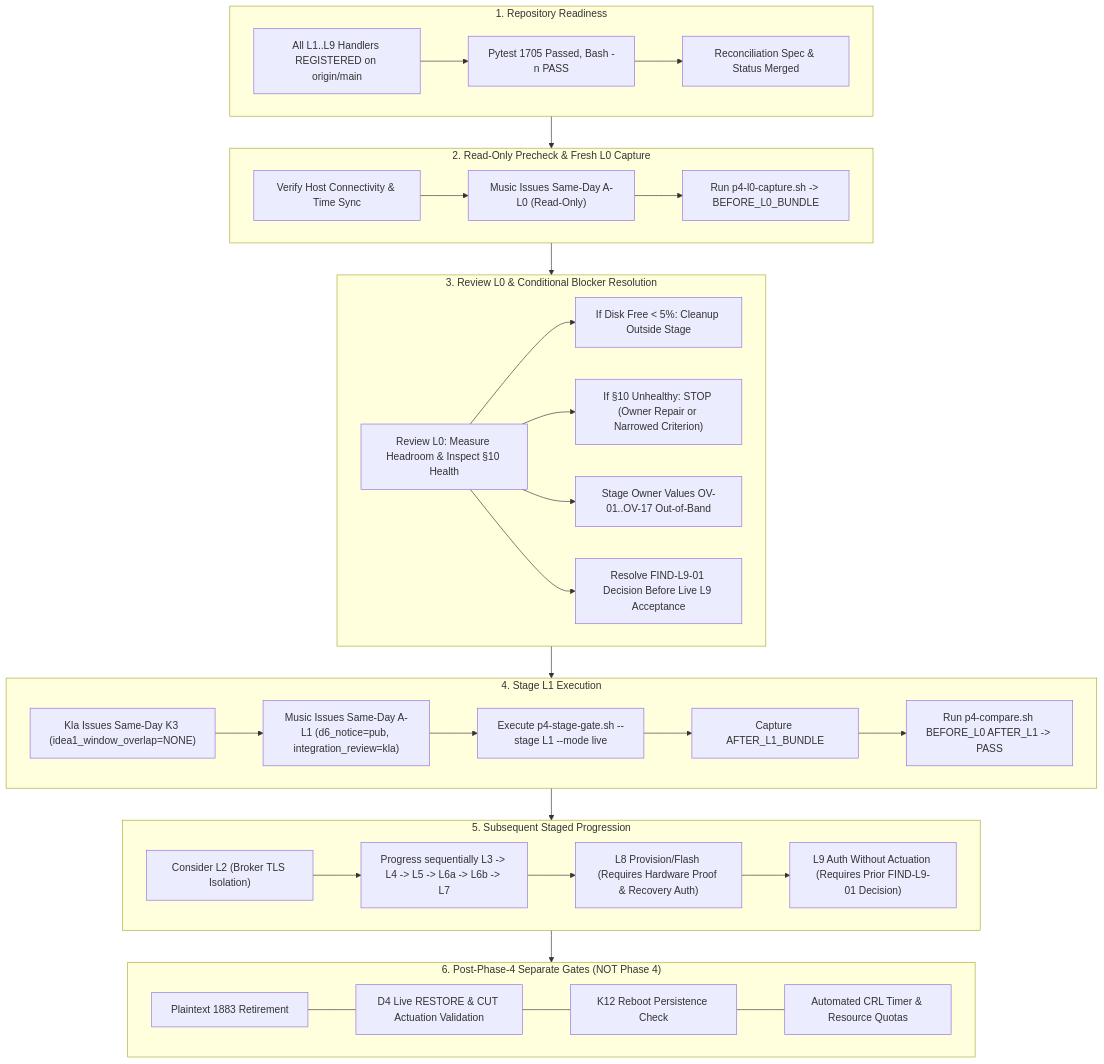
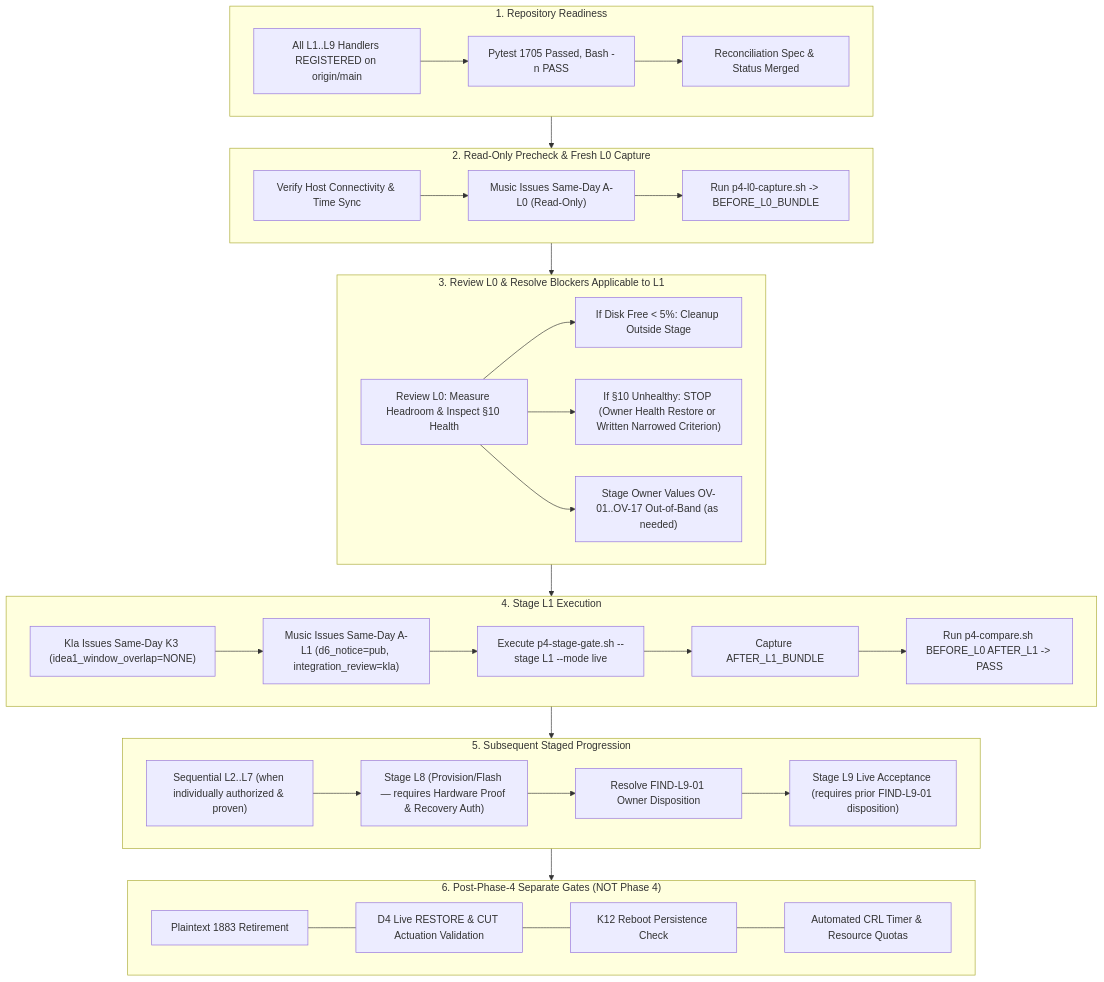
Before and after one commit to kraveerachat/Project-End-The-AEGIS: the diagram in IDEA3-AEGIS_Lockdown/docs/superpowers/specs/2026-09-21-idea3-pr11-phase4-live-readiness-reconciliation.md, drawn with Mermaid. The commit also changed other lines of this file and 1 other file, not shown here.

Commit message:
docs(idea3): correct FIND-L9-01 sequencing and IDEA2 S10 resolution path

````diff
--- a/IDEA3-AEGIS_Lockdown/docs/superpowers/specs/2026-09-21-idea3-pr11-phase4-live-readiness-reconciliation.md
+++ b/IDEA3-AEGIS_Lockdown/docs/superpowers/specs/2026-09-21-idea3-pr11-phase4-live-readiness-reconciliation.md
@@ -309,52 +320,51 @@
 ```mermaid
 flowchart TD
     subgraph RepoReady["1. Repository Readiness"]
         RR1["All L1..L9 Handlers REGISTERED on origin/main"]
         RR2["Pytest 1705 Passed, Bash -n PASS"]
         RR3["Reconciliation Spec & Status Merged"]
         RR1 --> RR2 --> RR3
     end
 
     subgraph PrecheckL0["2. Read-Only Precheck & Fresh L0 Capture"]
         P1["Verify Host Connectivity & Time Sync"]
         P2["Music Issues Same-Day A-L0 (Read-Only)"]
         P3["Run p4-l0-capture.sh -> BEFORE_L0_BUNDLE"]
         P1 --> P2 --> P3
     end
 
-    subgraph ReviewAndBlockers["3. Review L0 & Conditional Blocker Resolution"]
+    subgraph ReviewAndBlockers["3. Review L0 & Resolve Blockers Applicable to L1"]
         B1["Review L0: Measure Headroom & Inspect §10 Health"]
         B2["If Disk Free < 5%: Cleanup Outside Stage"]
-        B3["If §10 Unhealthy: STOP (Owner Repair or Narrowed Criterion)"]
-        B4["Stage Owner Values OV-01..OV-17 Out-of-Band"]
-        B5["Resolve FIND-L9-01 Decision Before Live L9 Acceptance"]
-        B1 --> B2 & B3 & B4 & B5
+        B3["If §10 Unhealthy: STOP (Owner Health Restore or Written Narrowed Criterion)"]
+        B4["Stage Owner Values OV-01..OV-17 Out-of-Band (as needed)"]
+        B1 --> B2 & B3 & B4
     end
 
     subgraph GateL1["4. Stage L1 Execution"]
         GL1["Kla Issues Same-Day K3 (idea1_window_overlap=NONE)"]
         GL2["Music Issues Same-Day A-L1 (d6_notice=pub, integration_review=kla)"]
         GL3["Execute p4-stage-gate.sh --stage L1 --mode live"]
         GL4["Capture AFTER_L1_BUNDLE"]
         GL5["Run p4-compare.sh BEFORE_L0 AFTER_L1 -> PASS"]
         GL1 --> GL2 --> GL3 --> GL4 --> GL5
     end
 
     subgraph NextStages["5. Subsequent Staged Progression"]
-        S2["Consider L2 (Broker TLS Isolation)"]
-        S3["Progress sequentially L3 -> L4 -> L5 -> L6a -> L6b -> L7"]
-        S4["L8 Provision/Flash (Requires Hardware Proof & Recovery Auth)"]
-        S5["L9 Auth Without Actuation (Requires Prior FIND-L9-01 Decision)"]
+        S2["Sequential L2..L7 (when individually authorized & proven)"]
+        S3["Stage L8 (Provision/Flash — requires Hardware Proof & Recovery Auth)"]
+        S4["Resolve FIND-L9-01 Owner Disposition"]
+        S5["Stage L9 Live Acceptance (requires prior FIND-L9-01 disposition)"]
         S2 --> S3 --> S4 --> S5
     end
 
     subgraph PostP4["6. Post-Phase-4 Separate Gates (NOT Phase 4)"]
         PP1["Plaintext 1883 Retirement"]
         PP2["D4 Live RESTORE & CUT Actuation Validation"]
         PP3["K12 Reboot Persistence Check"]
         PP4["Automated CRL Timer & Resource Quotas"]
         PP1 --- PP2 --- PP3 --- PP4
     end
 
     RepoReady --> PrecheckL0 --> ReviewAndBlockers --> GateL1 --> NextStages --> PostP4
 ```
````
